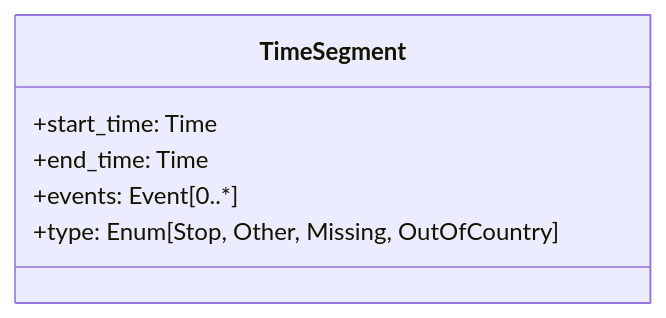
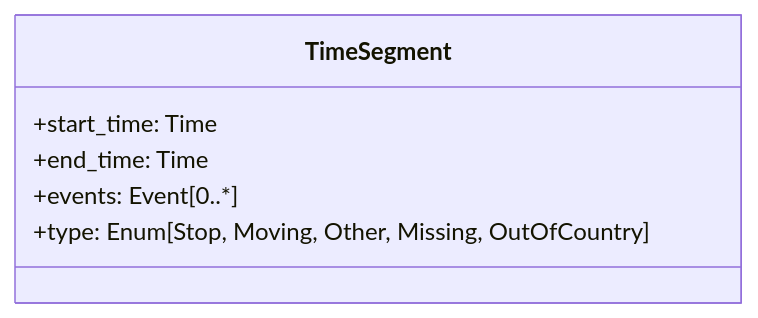
The third of 7 diagrams in README.md (djvanderlaan/pipeline), drawn with Mermaid before and after one commit.

````diff
--- a/README.md
+++ b/README.md
@@ -87,9 +87,9 @@
 ```mermaid
 classDiagram
   class TimeSegment {
     +start_time: Time
     +end_time: Time
     +events: Event[0..*]
-    +type: Enum[Stop, Other, Missing, OutOfCountry]
+    +type: Enum[Stop, Moving, Other, Missing, OutOfCountry]
   }
 ```
````
